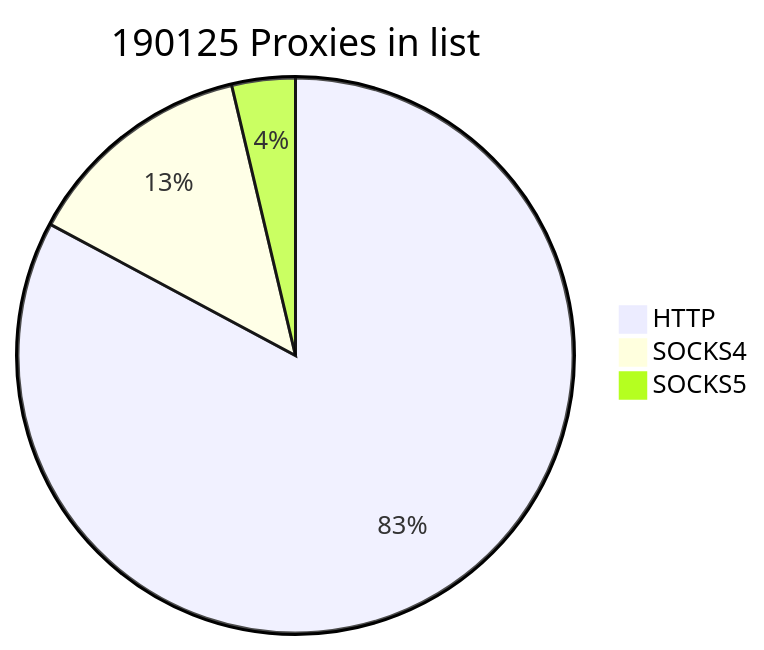
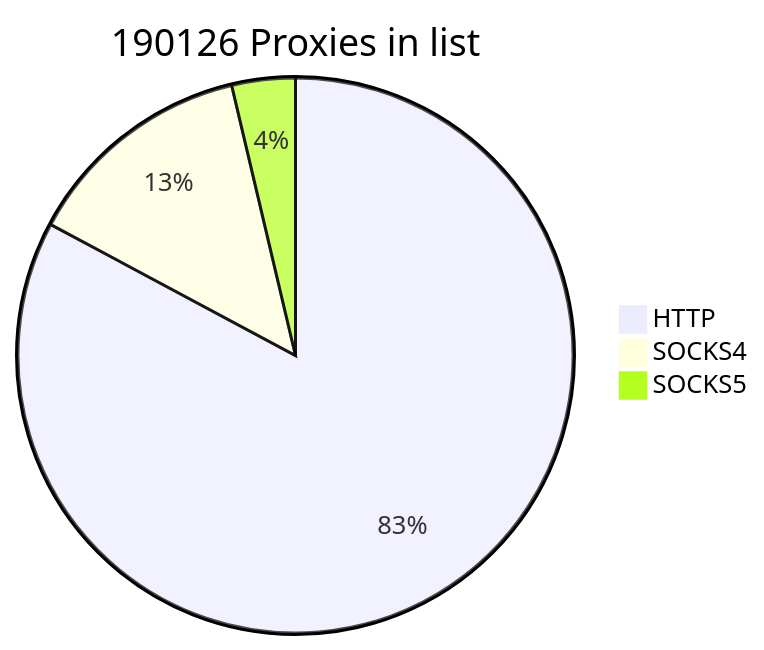
Before and after one commit to cutipu/proxylist: the first of 2 diagrams in README.md, drawn with Mermaid. The commit also changed other lines of this file, not shown here.

````diff
--- a/README.md
+++ b/README.md
@@ -2,7 +2,7 @@
 ```mermaid
-pie title 190125 Proxies in list
+pie title 190126 Proxies in list
     "HTTP" : 157463
-    "SOCKS4" : 25641
+    "SOCKS4" : 25642
     "SOCKS5" : 7021
             
 ```
````
